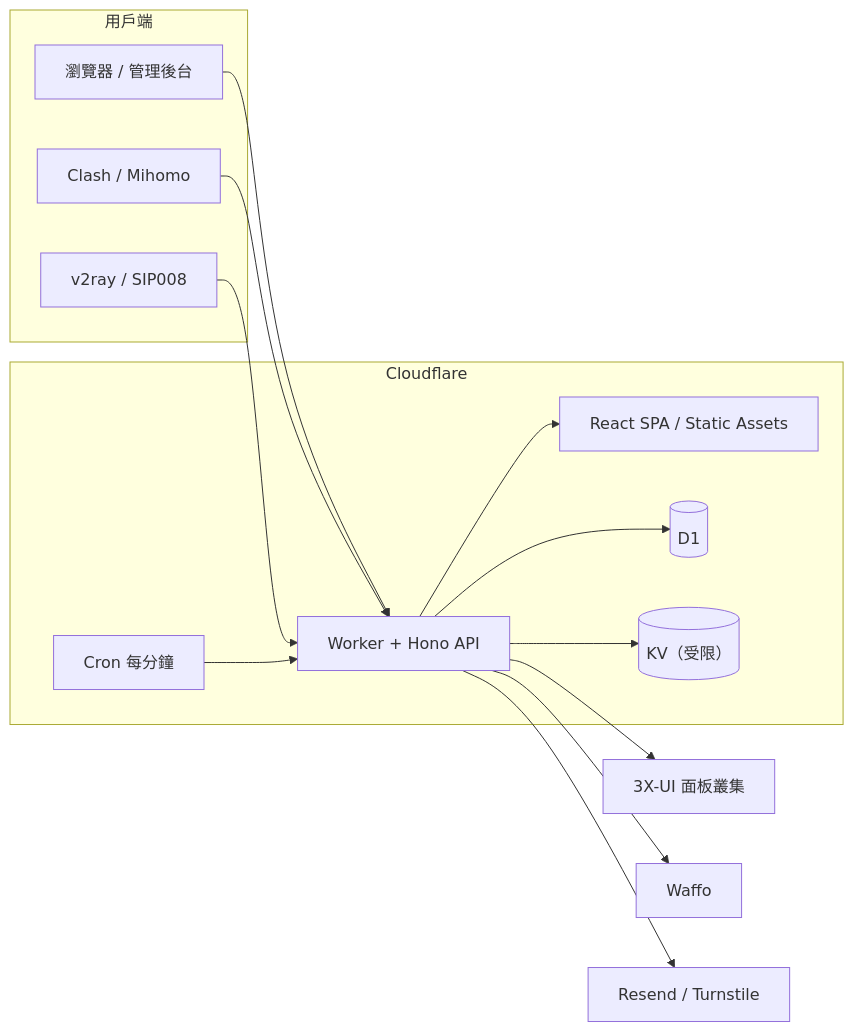
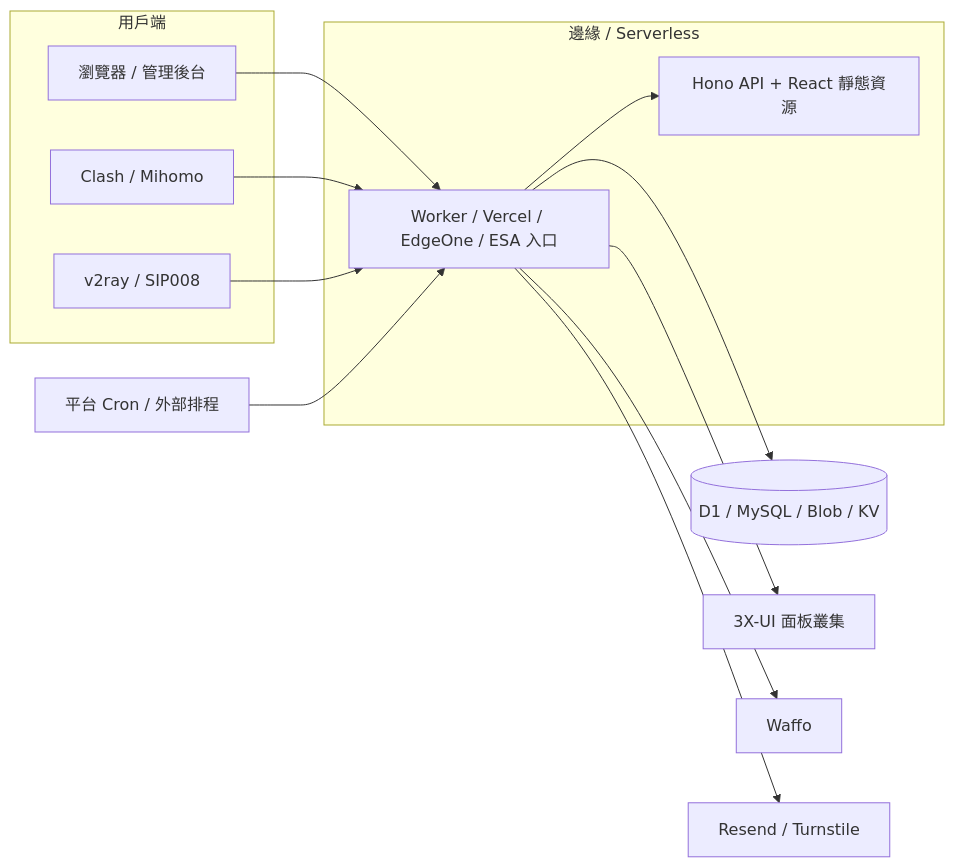
The diagram in readmes/README_zh-TW.md (PIKACHUIM/3XUI-Manager), drawn with Mermaid before and after one commit. The commit also changed other lines of this file and 40 other files, not shown here.

Commit message:
feat(platform): add Blob/KV and MySQL backends for Vercel, EdgeOne and ESA

````diff
--- a/readmes/README_zh-TW.md
+++ b/readmes/README_zh-TW.md
@@ -254,31 +297,29 @@
 ```mermaid
 flowchart LR
   subgraph Clients["用戶端"]
     B["瀏覽器 / 管理後台"]
     C["Clash / Mihomo"]
     V["v2ray / SIP008"]
   end
 
-  subgraph Edge["Cloudflare"]
-    W["Worker + Hono API"]
-    A["React SPA / Static Assets"]
-    D[("D1")]
-    K[("KV（受限）")]
-    T["Cron 每分鐘"]
+  subgraph Platforms["邊緣 / Serverless"]
+    E["Worker / Vercel / EdgeOne / ESA 入口"]
+    A["Hono API + React 靜態資源"]
   end
 
+  S[("D1 / MySQL / Blob / KV")]
+  T["平台 Cron / 外部排程"]
   X["3X-UI 面板叢集"]
   P["Waffo"]
   M["Resend / Turnstile"]
 
-  B --> W
-  C --> W
-  V --> W
-  W --> A
-  W --> D
-  W --> K
-  T --> W
-  W --> X
-  W --> P
-  W --> M
+  B --> E
+  C --> E
+  V --> E
+  E --> A
+  E --> S
+  T --> E
+  E --> X
+  E --> P
+  E --> M
 ```
````
